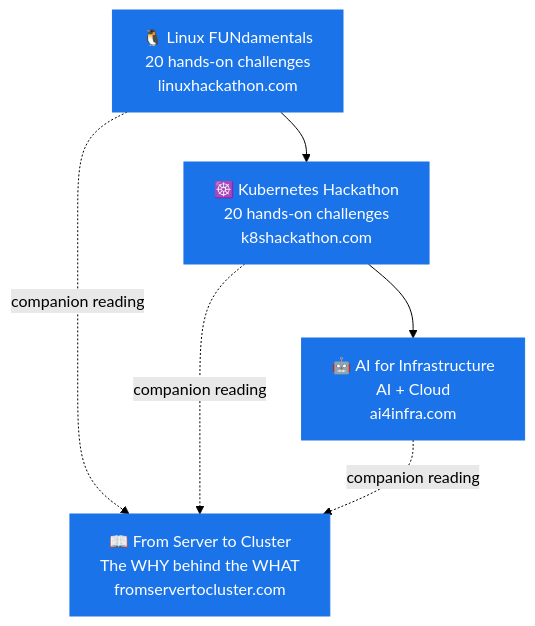
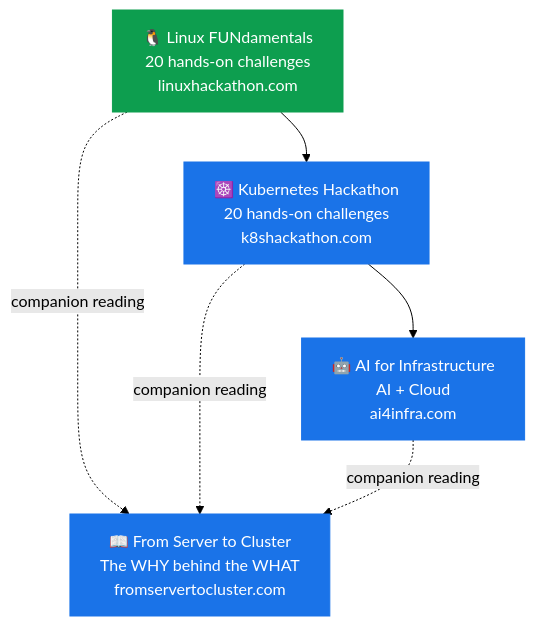
Before and after one commit to ricmmartins/fasthack-linux: the diagram in README.md, drawn with Mermaid (forest theme).

Commit message:
destaca Linux FUNdamentals com cor diferente no diagrama

````diff
--- a/README.md
+++ b/README.md
@@ -137,11 +137,12 @@
 ```mermaid
 flowchart TD
-    A["🐧 Linux FUNdamentals\n20 hands-on challenges\nlinuxhackathon.com"]:::blue --> B["☸️ Kubernetes Hackathon\n20 hands-on challenges\nk8shackathon.com"]:::blue
+    A["🐧 Linux FUNdamentals\n20 hands-on challenges\nlinuxhackathon.com"]:::green --> B["☸️ Kubernetes Hackathon\n20 hands-on challenges\nk8shackathon.com"]:::blue
     B --> C["🤖 AI for Infrastructure\nAI + Cloud\nai4infra.com"]:::blue
     D["📖 From Server to Cluster\nThe WHY behind the WHAT\nfromservertocluster.com"]:::blue
     A -. "companion reading" .-> D
     B -. "companion reading" .-> D
     C -. "companion reading" .-> D
 
+    classDef green fill:#0d9e4f,stroke:#0d9e4f,color:#fff
     classDef blue fill:#1a73e8,stroke:#1a73e8,color:#fff
 ```
````
